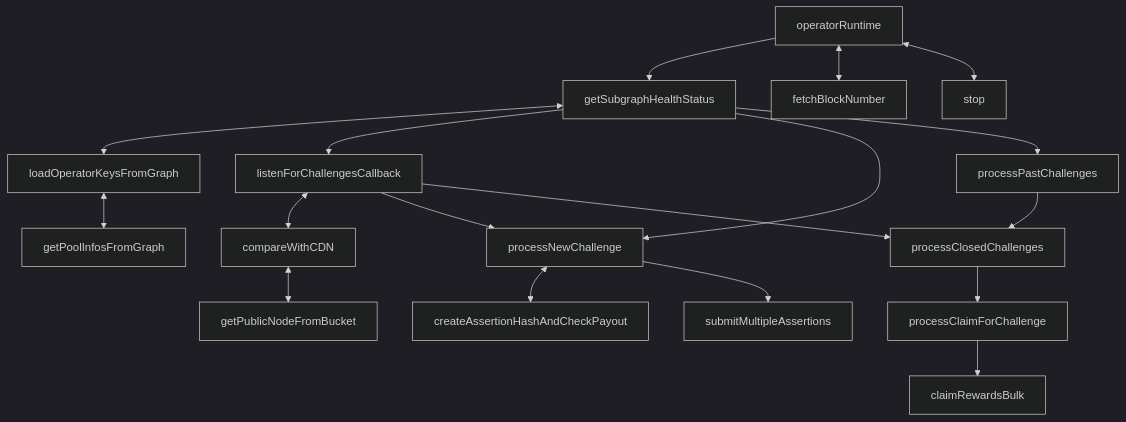
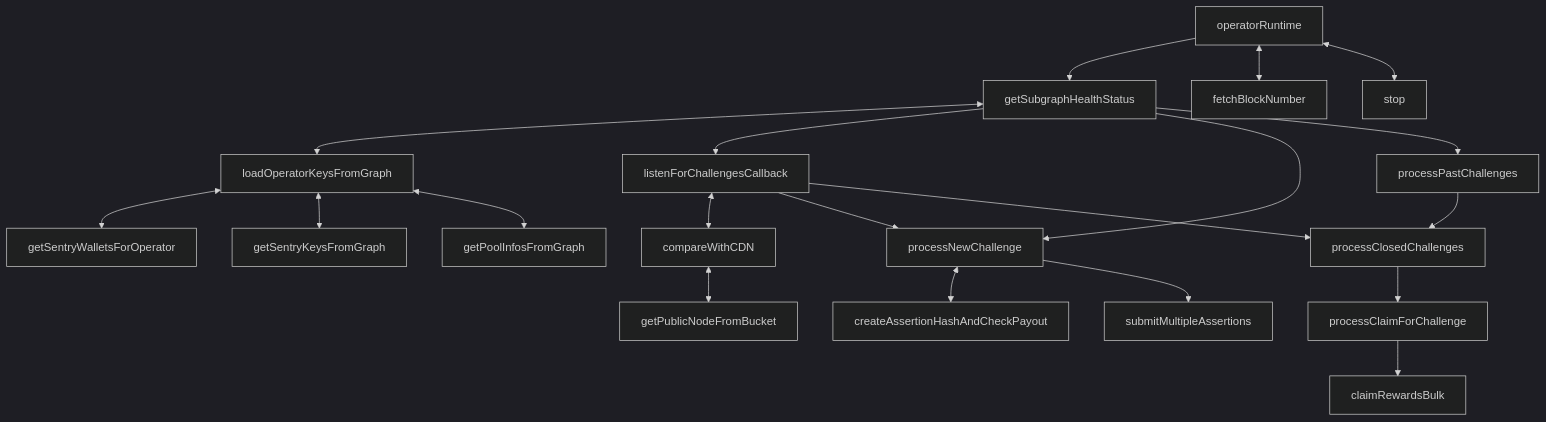
Before and after one commit to xai-foundation/sentry: the first of 2 diagrams in docs/docs/operator/operatorRuntime.md, drawn with Mermaid (dark theme). The commit also changed 3 other files, not shown here.

````diff
--- a/docs/docs/operator/operatorRuntime.md
+++ b/docs/docs/operator/operatorRuntime.md
@@ -12,29 +12,31 @@
 ```mermaid
 graph TD;
     operatorRuntime --> getSubgraphHealthStatus
     operatorRuntime <--> fetchBlockNumber
     operatorRuntime <--> stop
+    loadOperatorKeysFromGraph <--> getSentryWalletsForOperator
+    loadOperatorKeysFromGraph <--> getSentryKeysFromGraph
     loadOperatorKeysFromGraph <--> getPoolInfosFromGraph
 
     getSubgraphHealthStatus <--> loadOperatorKeysFromGraph
 
     getSubgraphHealthStatus --> listenForChallengesCallback
     getSubgraphHealthStatus --> processNewChallenge
     getSubgraphHealthStatus --> processPastChallenges
 
         listenForChallengesCallback <--> compareWithCDN
         listenForChallengesCallback --> processNewChallenge
         listenForChallengesCallback --> processClosedChallenges
 
             compareWithCDN <--> getPublicNodeFromBucket
 
             processClosedChallenges --> processClaimForChallenge
             
                 processClaimForChallenge --> claimRewardsBulk
     
 
         processNewChallenge <--> createAssertionHashAndCheckPayout
         processNewChallenge --> submitMultipleAssertions
 
         processPastChallenges --> processClosedChallenges
 ```
````
